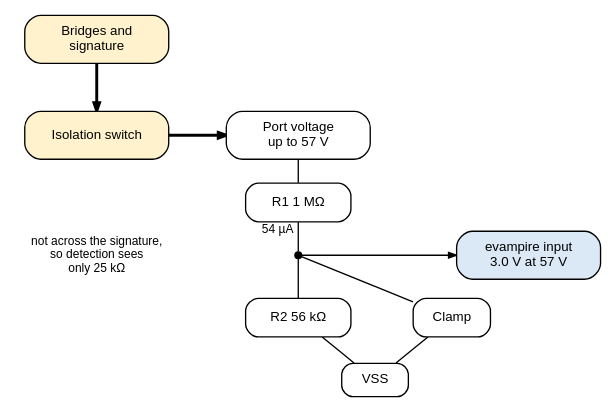
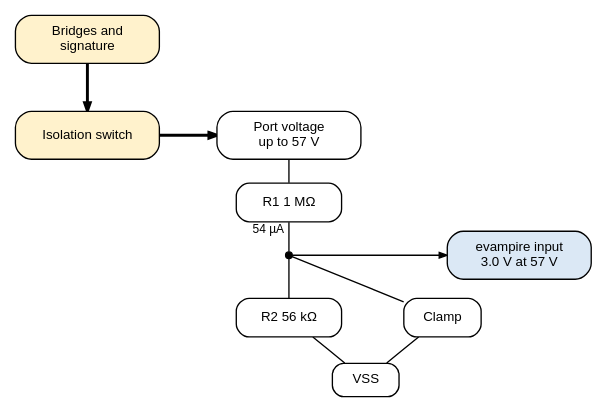
One commit to mithro/evampire changed the diagram in docs/power/poe/divider.dot. Above: the diagram before and after it, drawn with Graphviz. The commit also changed 6 other files, not shown here.

Commit message:
Narrow the timing diagrams and fix overlapping labels

```diff
--- a/docs/power/poe/divider.dot
+++ b/docs/power/poe/divider.dot
@@ -1,38 +1,36 @@
 // Sensing the port voltage with a resistor divider: an external divider
 // after the isolation switch, with a clamp on its output. Values from
 // hv-options.rst.
 //
 // Fill colours: power circuits #fff2cc, evampire #dbe8f5, external parts
 // #ffffff. Bold edges carry power. Fixed grid (positions in inches).
 //
 // SPDX-License-Identifier: Apache-2.0
 
 digraph divider {
     graph [layout=neato, splines=false, overlap=true, outputorder=edgesfirst,
            fontname="Helvetica"];
     node  [shape=box, style="rounded,filled", fontname="Helvetica",
            fontsize=10, width=1.5, height=0.5, fixedsize=true];
     edge  [fontname="Helvetica", fontsize=9, arrowsize=0.6];
 
     sig [pos="0.9,2.6!", label="Bridges and\nsignature", fillcolor="#fff2cc"];
     iso [pos="0.9,1.6!", label="Isolation switch", fillcolor="#fff2cc"];
     vin [pos="3.0,1.6!", label="Port voltage\nup to 57 V", fillcolor="#ffffff"];
     r1  [pos="3.0,0.9!", label="R1 1 MΩ", fillcolor="#ffffff", width=1.1, height=0.4];
     tap [pos="3.0,0.35!", shape=point, width=0.07];
     r2  [pos="3.0,-0.3!", label="R2 56 kΩ", fillcolor="#ffffff", width=1.1, height=0.4];
     cl  [pos="4.6,-0.3!", label="Clamp", fillcolor="#ffffff", width=0.8, height=0.4];
     adc [pos="5.4,0.35!", label="evampire input\n3.0 V at 57 V", fillcolor="#dbe8f5"];
 
     sig -> iso [penwidth=2.2];
     iso -> vin [penwidth=2.2];
     vin -> r1 [dir=none];
     r1 -> tap [dir=none, label=" 54 µA"];
     tap -> r2 [dir=none];
     tap -> adc;
     tap -> cl [dir=none];
     vss [pos="3.8,-0.95!", label="VSS", fillcolor="#ffffff", width=0.7, height=0.35];
     r2 -> vss [dir=none];
     cl -> vss [dir=none];
-    n [pos="0.9,0.35!", shape=plaintext, style="", width=1.7, height=0.6,
-       fontsize=9, label="not across the signature,\nso detection sees\nonly 25 kΩ"];
 }
```
